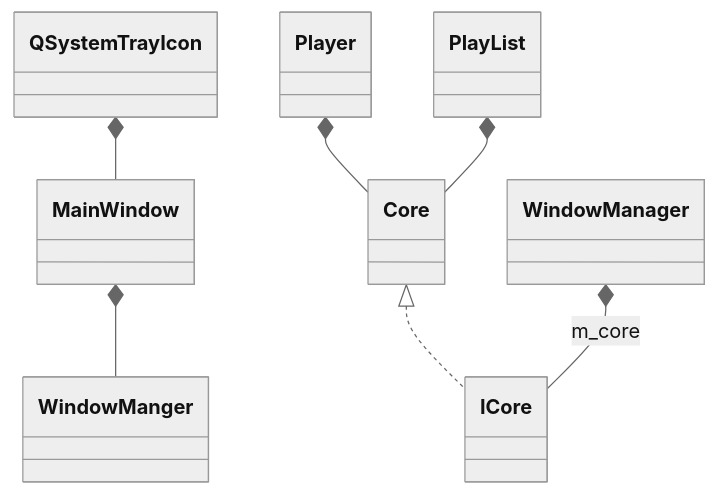
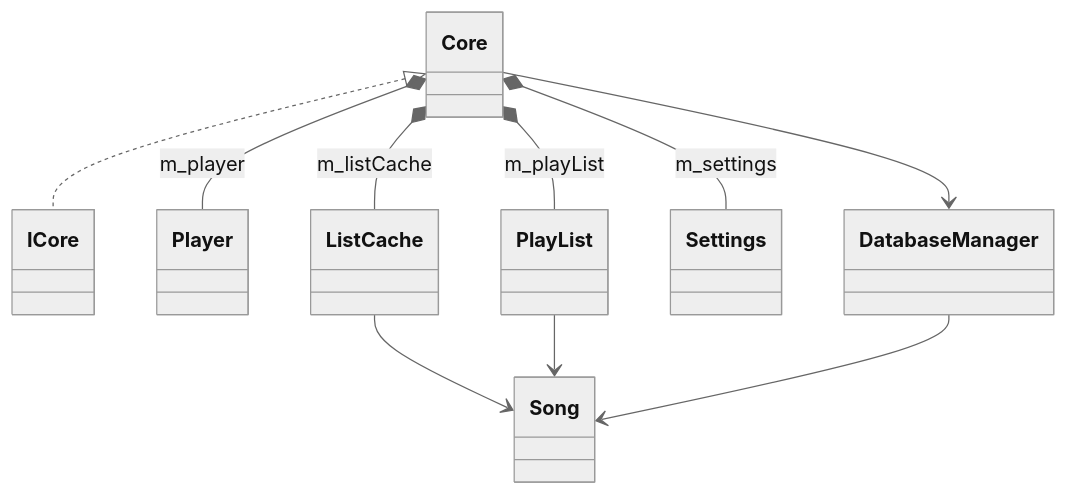
Before and after one commit to leejkee/TrayMusicPlayer: the second of 2 diagrams in docs/UML/index.md, drawn with Mermaid (neutral theme). The commit also changed other lines of this file, not shown here.

Commit message:
uml graph: index.md completed

````diff
--- a/docs/UML/index.md
+++ b/docs/UML/index.md
@@ -2,27 +55,26 @@
 ```mermaid
 classDiagram
-
-%% UI 层（界面类）
-class MainWindow
-class WindowManager
-class QSystemTrayIcon
-
-
-MainWindow *-- WindowManger
-QSystemTrayIcon *-- MainWindow 
-
 %% Core 层（逻辑类）
 class Core
 class ICore
 class Player
 class PlayList
+class ListCache
+class Settings
+class Song
+class DatabaseManager
 
 
-Player *-- Core
-PlayList *-- Core
+Core *-- Player : m_player
+Core *-- PlayList : m_playList
+Core *-- ListCache : m_listCache
+Core *-- Settings : m_settings
+Core --> DatabaseManager
+
+ListCache --> Song
+PlayList --> Song
+DatabaseManager --> Song
 
 
 Core <|.. ICore
-%% 表示 WindowManager 有一个 ICore 指针成员
-WindowManager *-- ICore : m_core
 ```
````
